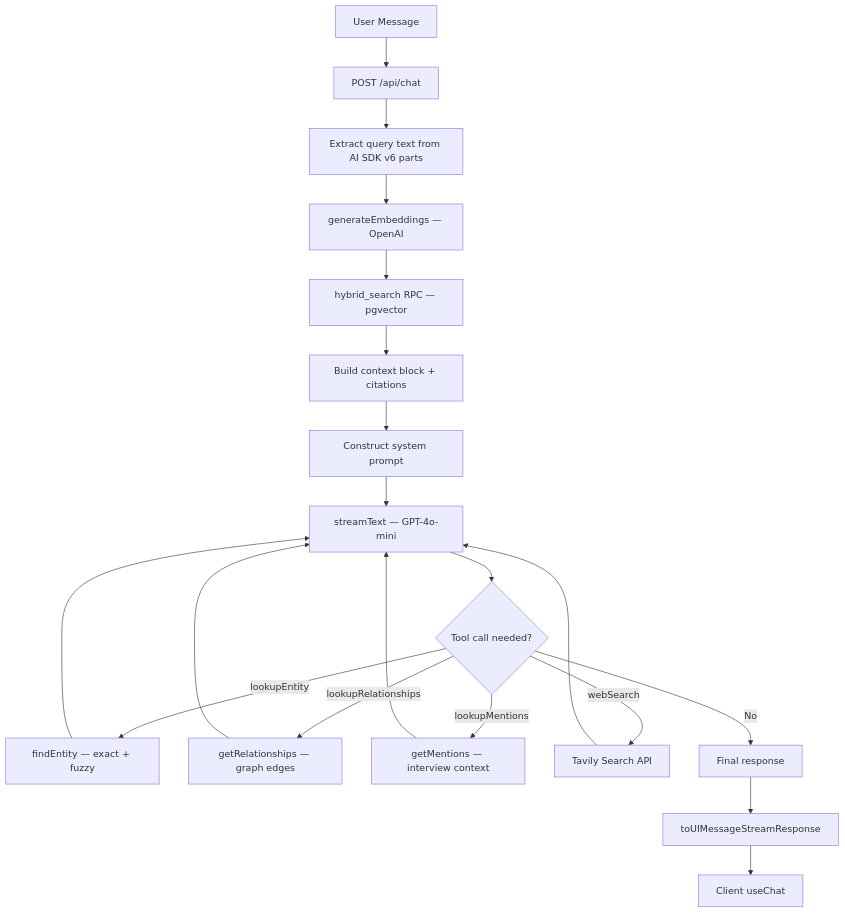
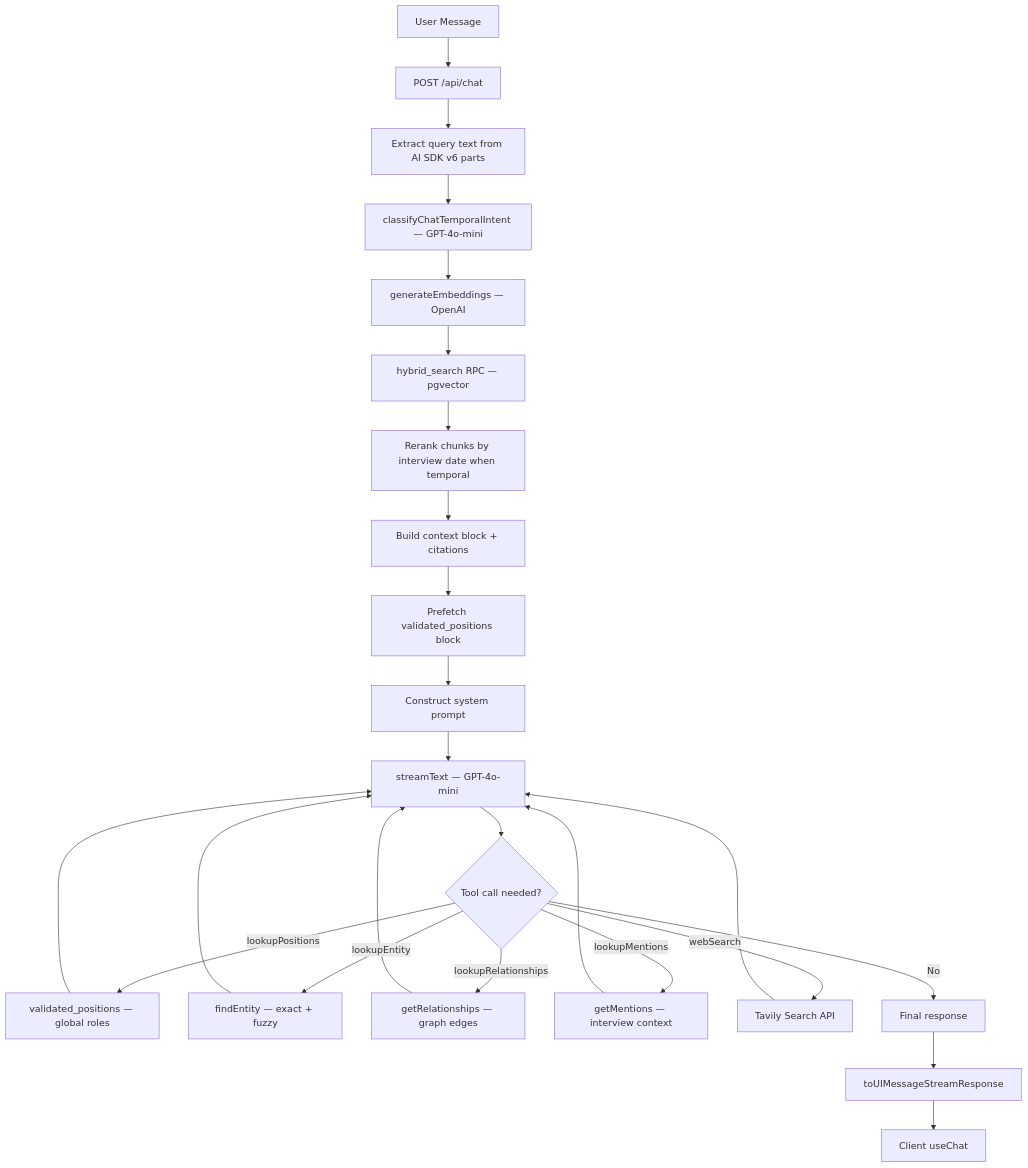
The diagram in docs/architecture/agentic-rag.md (carlosmatac/sovereign-data), drawn with Mermaid before and after one commit. The commit also changed other lines of this file and 3 other files, not shown here.

First line of the commit message:
docs: time-aware validated positions spec and agentic RAG contract

````diff
--- a/docs/architecture/agentic-rag.md
+++ b/docs/architecture/agentic-rag.md
@@ -11,25 +11,30 @@
 ```mermaid
 flowchart TD
     U[User Message] --> A[POST /api/chat]
     A --> B[Extract query text from AI SDK v6 parts]
-    B --> C[generateEmbeddings — OpenAI]
+    B --> TC[classifyChatTemporalIntent — GPT-4o-mini]
+    TC --> C[generateEmbeddings — OpenAI]
     C --> D[hybrid_search RPC — pgvector]
-    D --> E[Build context block + citations]
-    E --> F[Construct system prompt]
+    D --> DR[Rerank chunks by interview date when temporal]
+    DR --> E[Build context block + citations]
+    E --> VP[Prefetch validated_positions block]
+    VP --> F[Construct system prompt]
     F --> G[streamText — GPT-4o-mini]
 
     G --> H{Tool call needed?}
+    H -->|lookupPositions| P[validated_positions — global roles]
     H -->|lookupEntity| I[findEntity — exact + fuzzy]
     H -->|lookupRelationships| J[getRelationships — graph edges]
     H -->|lookupMentions| K[getMentions — interview context]
     H -->|webSearch| L[Tavily Search API]
     H -->|No| M[Final response]
 
+    P --> G
     I --> G
     J --> G
     K --> G
     L --> G
 
     M --> N[toUIMessageStreamResponse]
     N --> O[Client useChat]
 ```
````
